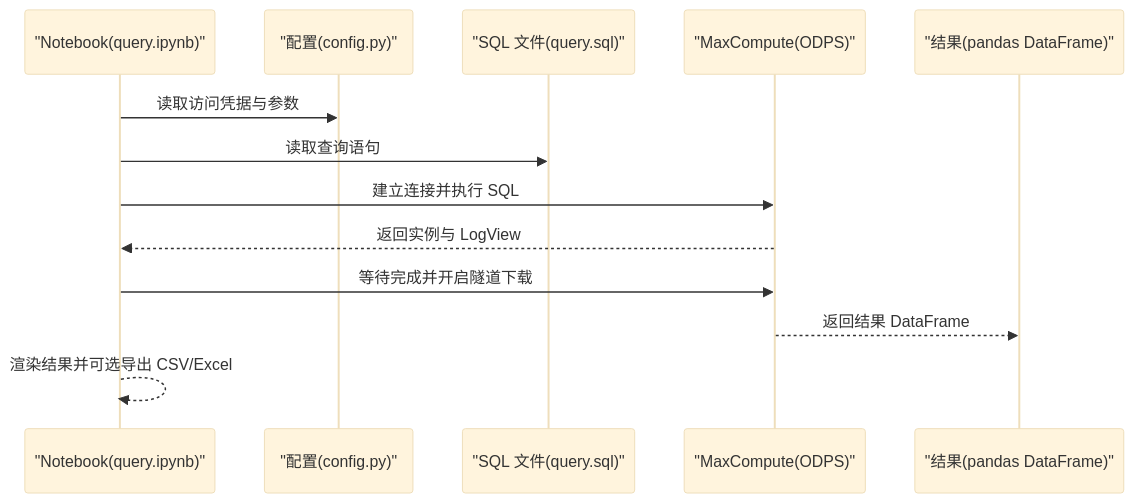
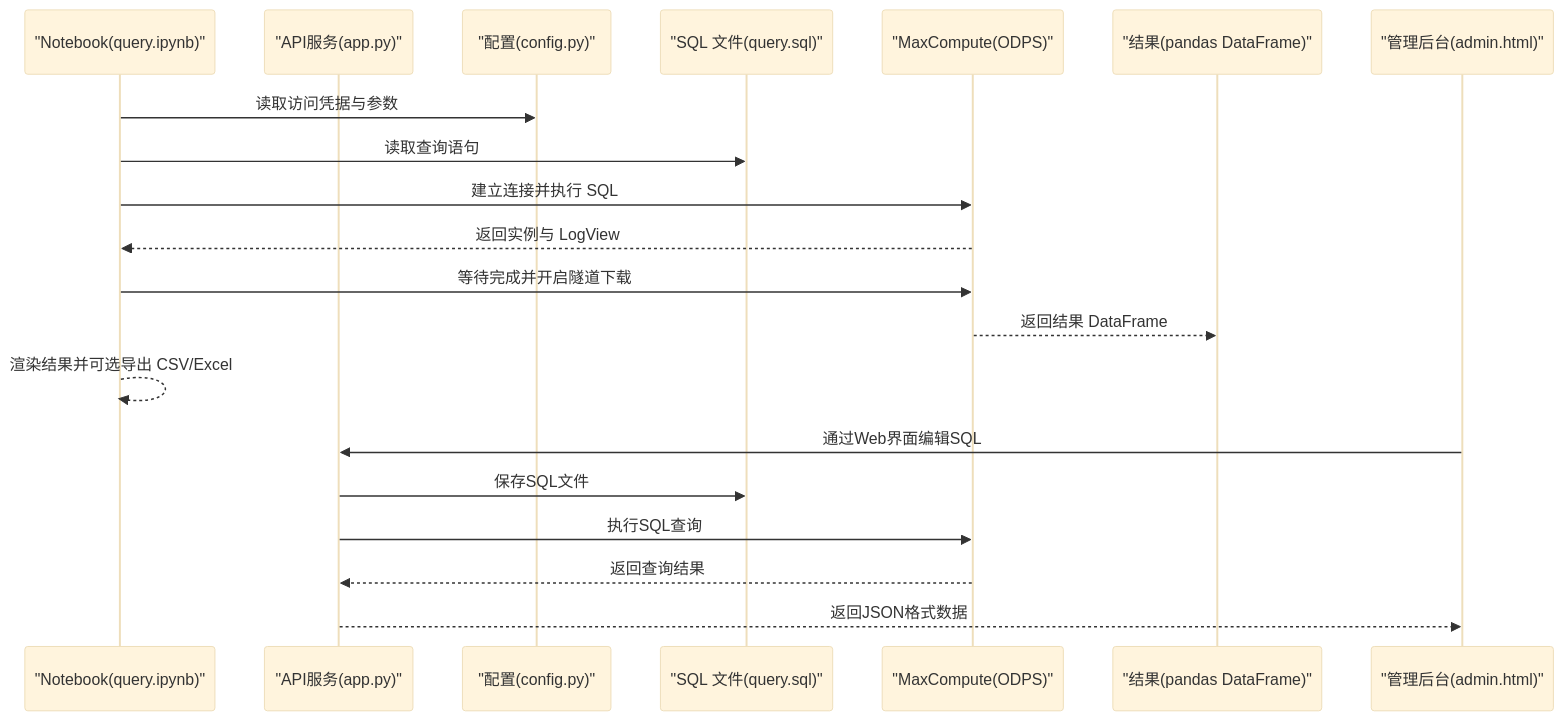
Before and after one commit to sd99886/test: the second of 3 diagrams in .qoder/repowiki/zh/content/快速开始.md, drawn with Mermaid (base theme). The commit also changed other lines of this file and 33 other files, not shown here.

Commit message:
chore: 项目结构调整与文档更新 - 新增飞书API客户端、决策评估表、衡石自定义图表模块 - 移除数据分析-for内部、ollma查询等废弃模块 - 更新repowiki文档结构 - 更新maxcompute_notebook SQL文件

````diff
--- a/.qoder/repowiki/zh/content/快速开始.md
+++ b/.qoder/repowiki/zh/content/快速开始.md
@@ -85,15 +123,22 @@
 ```mermaid
 sequenceDiagram
 participant NB as "Notebook(query.ipynb)"
+participant API as "API服务(app.py)"
 participant CFG as "配置(config.py)"
 participant SQL as "SQL 文件(query.sql)"
 participant MC as "MaxCompute(ODPS)"
 participant DF as "结果(pandas DataFrame)"
+participant WEB as "管理后台(admin.html)"
 NB->>CFG : 读取访问凭据与参数
 NB->>SQL : 读取查询语句
 NB->>MC : 建立连接并执行 SQL
 MC-->>NB : 返回实例与 LogView
 NB->>MC : 等待完成并开启隧道下载
 MC-->>DF : 返回结果 DataFrame
 NB-->>NB : 渲染结果并可选导出 CSV/Excel
+WEB->>API : 通过Web界面编辑SQL
+API->>SQL : 保存SQL文件
+API->>MC : 执行SQL查询
+MC-->>API : 返回查询结果
+API-->>WEB : 返回JSON格式数据
 ```
````
